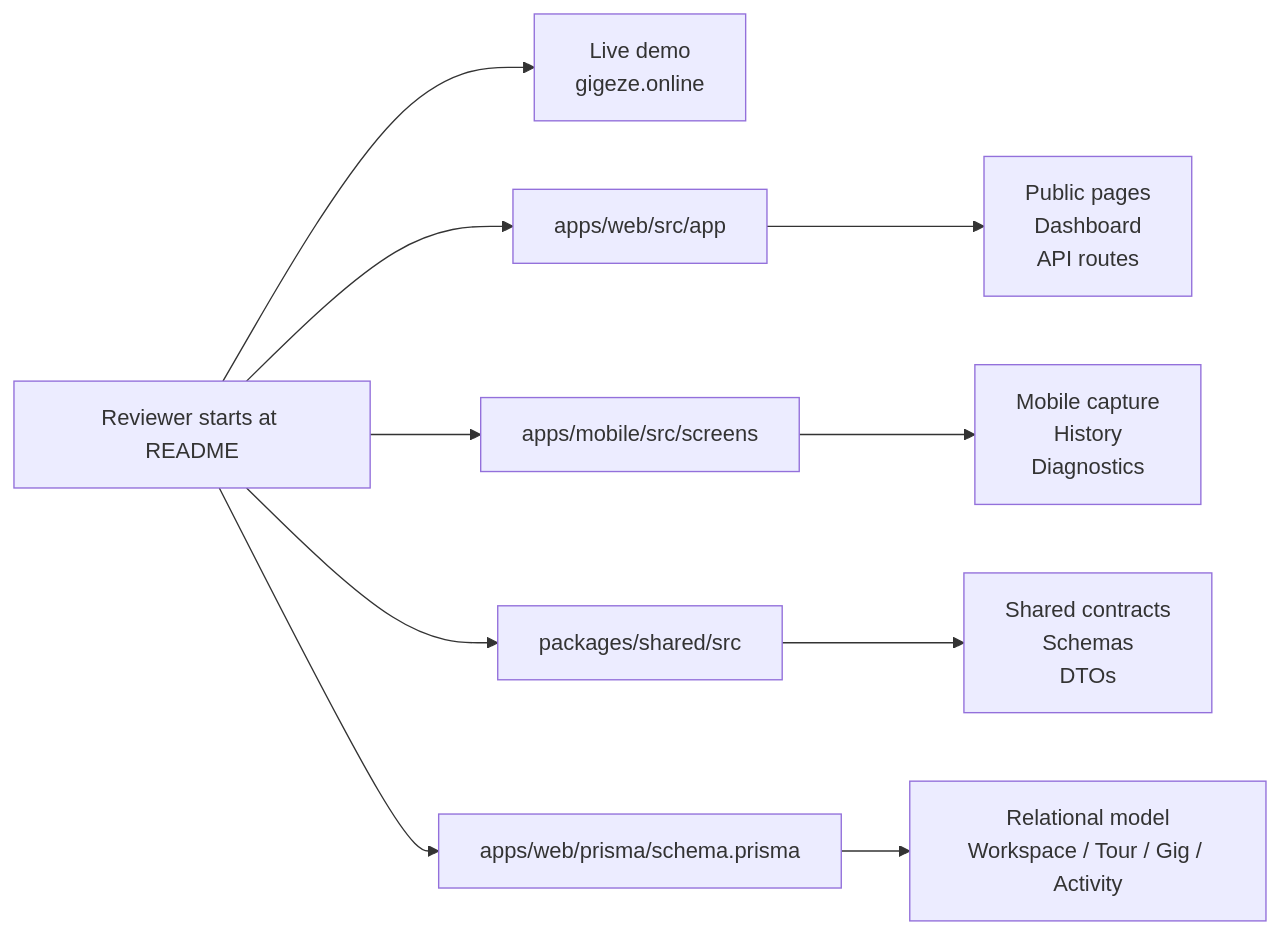
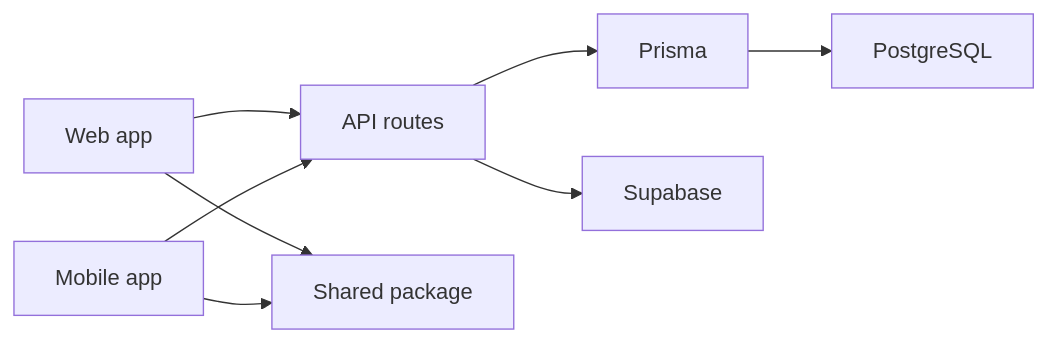
The diagram in README.md (brunsdon/gigeze-app), drawn with Mermaid before and after one commit. The commit also changed other lines of this file and 1 other file, not shown here.

Commit message:
fix: improve diagram labels and descriptions for clarity in documentation

````diff
--- a/README.md
+++ b/README.md
@@ -143,13 +143,10 @@
 ```mermaid
 flowchart LR
-  A["Reviewer starts at README"] --> B["Live demo<br/>gigeze.online"]
-  A --> C["apps/web/src/app"]
-  A --> D["apps/mobile/src/screens"]
-  A --> E["packages/shared/src"]
-  A --> F["apps/web/prisma/schema.prisma"]
-
-  C --> G["Public pages<br/>Dashboard<br/>API routes"]
-  D --> H["Mobile capture<br/>History<br/>Diagnostics"]
-  E --> I["Shared contracts<br/>Schemas<br/>DTOs"]
-  F --> J["Relational model<br/>Workspace / Tour / Gig / Activity"]
+  W["Web app"] --> API["API routes"]
+  M["Mobile app"] --> API
+  W --> S["Shared package"]
+  M --> S
+  API --> P["Prisma"]
+  P --> DB["PostgreSQL"]
+  API --> SB["Supabase"]
 ```
````
